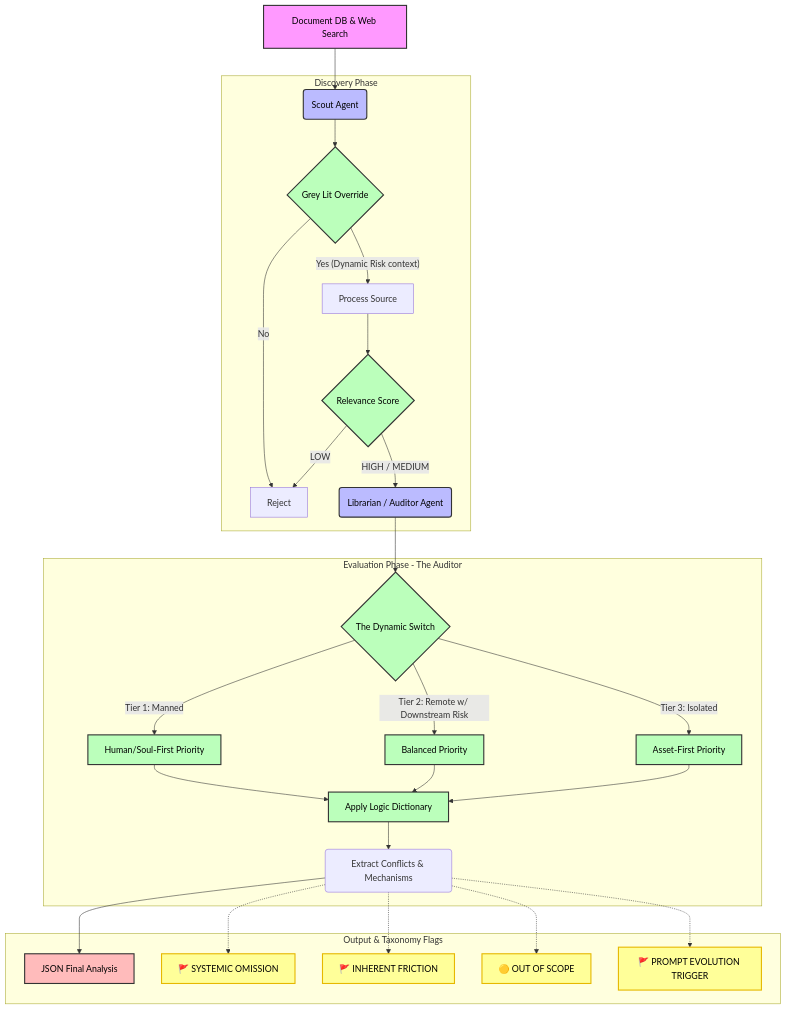
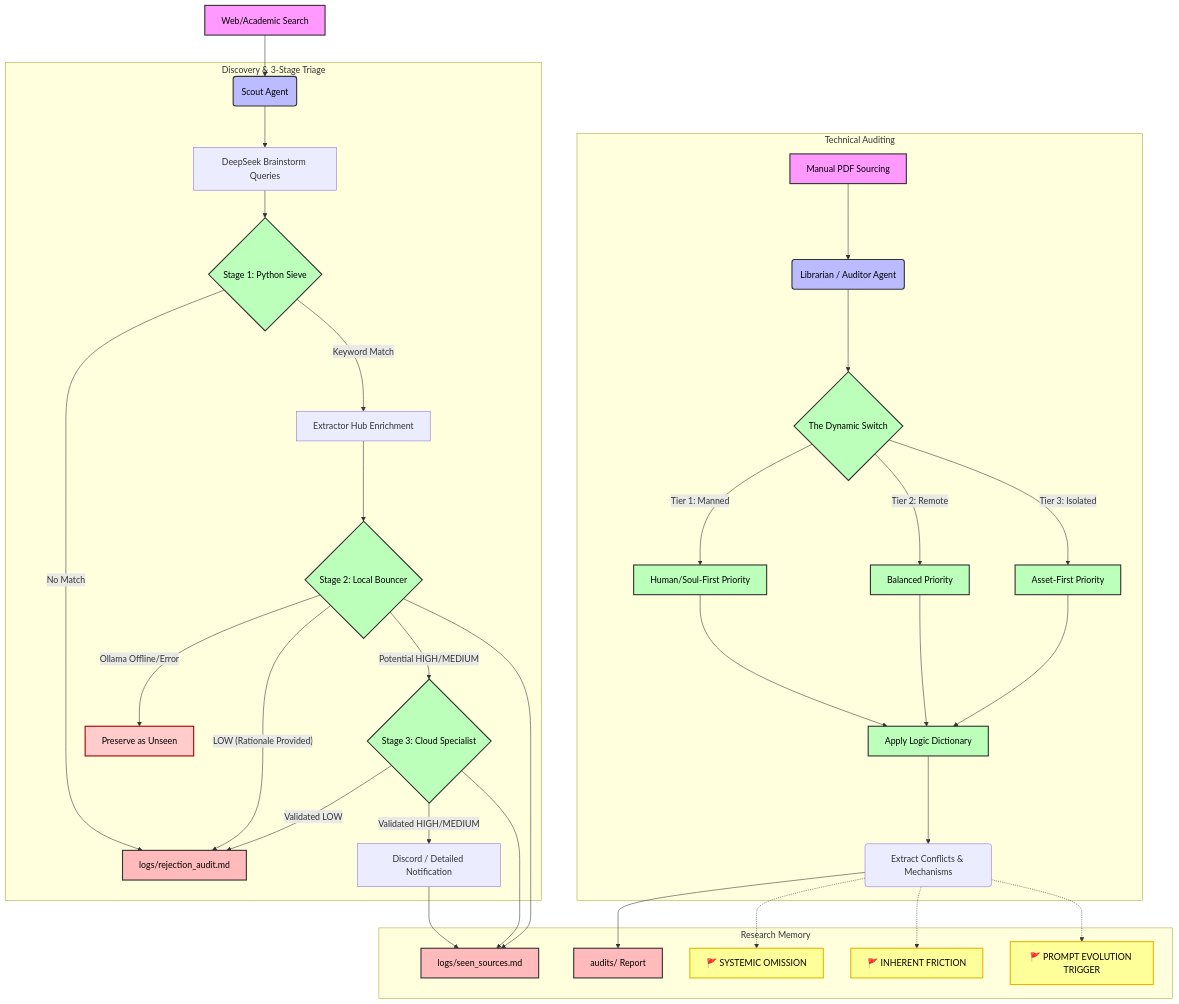
Before and after one commit to mbellamkom/cyber-physical-resilience: the diagram in docs/AGENT_ARCHITECTURE.md, drawn with Mermaid. The commit also changed other lines of this file and 11 other files, not shown here.

````diff
--- a/docs/AGENT_ARCHITECTURE.md
+++ b/docs/AGENT_ARCHITECTURE.md
@@ -7,39 +7,47 @@
 ```mermaid
 flowchart TD
     %% Define Styles
     classDef input fill:#f9f,stroke:#333,stroke-width:2px,color:#000;
     classDef agent fill:#bbf,stroke:#333,stroke-width:2px,color:#000;
     classDef logic fill:#bfb,stroke:#333,stroke-width:2px,color:#000;
     classDef output fill:#fbb,stroke:#333,stroke-width:2px,color:#000;
     classDef flag fill:#ff9,stroke:#e6b800,stroke-width:2px,color:#000;
+    classDef error fill:#ffcccb,stroke:#a30000,stroke-width:2px,color:#000;
 
-    A[Document DB & Web Search]:::input --> B(Scout Agent):::agent
-    
-    subgraph Discovery[Discovery Phase]
-        B --> C{Grey Lit Override}:::logic
-        C -- "Yes (Dynamic Risk context)" --> D[Process Source]
-        C -- "No" --> E[Reject]
-        D --> F{Relevance Score}:::logic
-        F -- "HIGH / MEDIUM" --> G(Librarian / Auditor Agent):::agent
-        F -- "LOW" --> E
+    A[Web/Academic Search]:::input --> B(Scout Agent):::agent
+
+    subgraph ScoutPipeline[Discovery & 3-Stage Triage]
+        B --> QG[DeepSeek Brainstorm Queries]
+        QG --> S1{Stage 1: Python Sieve}:::logic
+        S1 -- "Keyword Match" --> HUB[Extractor Hub Enrichment]
+        S1 -- "No Match" --> REJ[logs/rejection_audit.md]:::output
+
+        HUB --> S2{Stage 2: Local Bouncer}:::logic
+        S2 -- "Potential HIGH/MEDIUM" --> S3{Stage 3: Cloud Specialist}:::logic
+        S2 -- "LOW (Rationale Provided)" --> REJ
+        S2 -- "Ollama Offline/Error" --> FAIL[Preserve as Unseen]:::error
+
+        S3 -- "Validated HIGH/MEDIUM" --> NOTIF[Discord / Detailed Notification]
+        S3 -- "Validated LOW" --> REJ
     end
 
-    subgraph Evaluation[Evaluation Phase - The Auditor]
-        G --> H{The Dynamic Switch}:::logic
-        
+    subgraph LibrarianPipeline[Technical Auditing]
+        MAN[Manual PDF Sourcing]:::input --> LIB(Librarian / Auditor Agent):::agent
+        LIB --> H{The Dynamic Switch}:::logic
+
         H -->|Tier 1: Manned| I[Human/Soul-First Priority]:::logic
-        H -->|Tier 2: Remote w/ Downstream Risk| J[Balanced Priority]:::logic
+        H -->|Tier 2: Remote| J[Balanced Priority]:::logic
         H -->|Tier 3: Isolated| K[Asset-First Priority]:::logic
-        
+
         I & J & K --> L[Apply Logic Dictionary]:::logic
         L --> M(Extract Conflicts & Mechanisms)
     end
 
-    subgraph OutputPhase[Output & Taxonomy Flags]
-        M --> N[JSON Final Analysis]:::output
+    subgraph FinalLogs[Research Memory]
+        NOTIF & S3 & S2 --> MEM[logs/seen_sources.md]:::output
+        M --> AUD[audits/ Report]:::output
         M -.-> O[🚩 SYSTEMIC OMISSION]:::flag
         M -.-> P[🚩 INHERENT FRICTION]:::flag
-        M -.-> Q[🟡 OUT OF SCOPE]:::flag
         M -.-> R[🚩 PROMPT EVOLUTION TRIGGER]:::flag
     end
 ```
````
